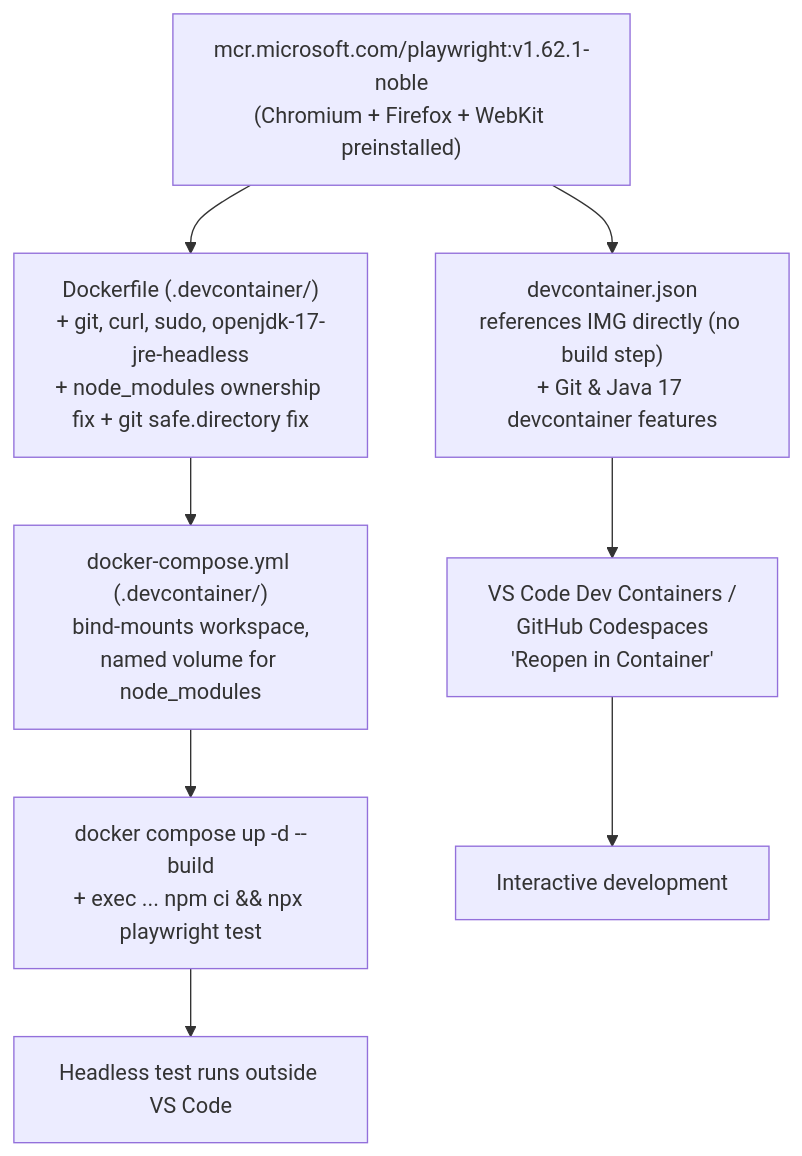
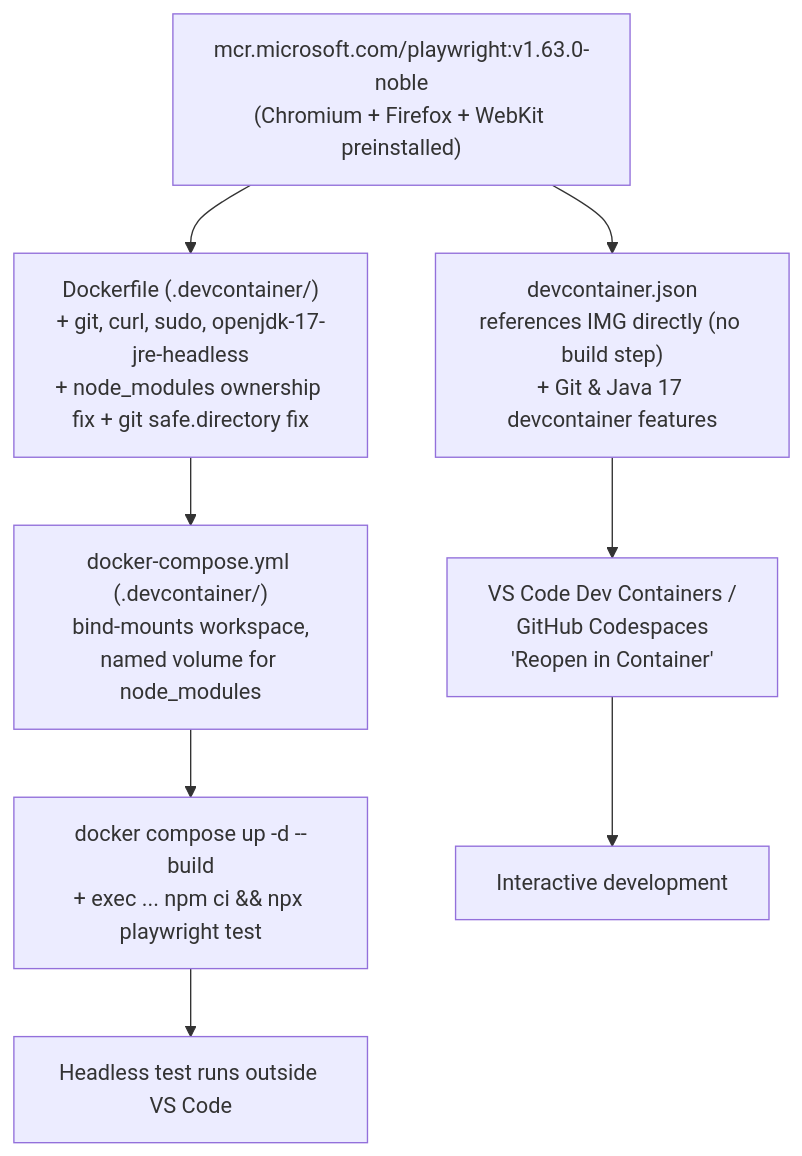
The seventh of 7 diagrams in docs/ARCHITECTURE.md (anuragsharma1098/playwright-automation), drawn with Mermaid before and after one commit. The commit also changed other lines of this file and 6 other files, not shown here.

````diff
--- a/docs/ARCHITECTURE.md
+++ b/docs/ARCHITECTURE.md
@@ -287,14 +287,14 @@
 ```mermaid
 flowchart TB
-    IMG["mcr.microsoft.com/playwright:v1.62.1-noble<br/>(Chromium + Firefox + WebKit preinstalled)"]
+    IMG["mcr.microsoft.com/playwright:v1.63.0-noble<br/>(Chromium + Firefox + WebKit preinstalled)"]
 
     IMG --> DCJSON["devcontainer.json<br/>references IMG directly (no build step)<br/>+ Git & Java 17 devcontainer features"]
     IMG --> DCFILE["Dockerfile (.devcontainer/)<br/>+ git, curl, sudo, openjdk-17-jre-headless<br/>+ node_modules ownership fix + git safe.directory fix"]
 
     DCJSON --> VSCODE["VS Code Dev Containers /<br/>GitHub Codespaces<br/>'Reopen in Container'"]
     DCFILE --> COMPOSE["docker-compose.yml (.devcontainer/)<br/>bind-mounts workspace,<br/>named volume for node_modules"]
     COMPOSE --> MANUAL["docker compose up -d --build<br/>+ exec ... npm ci && npx playwright test"]
 
     VSCODE --> DEV["Interactive development"]
     MANUAL --> HEADLESS["Headless test runs outside VS Code"]
 ```
````
